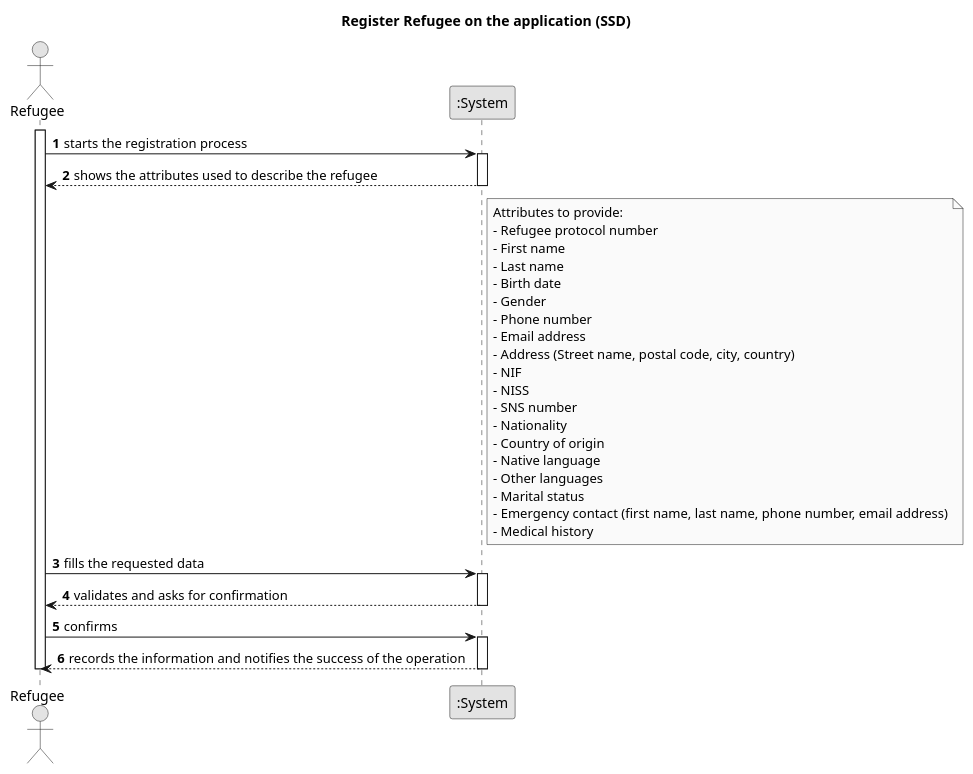
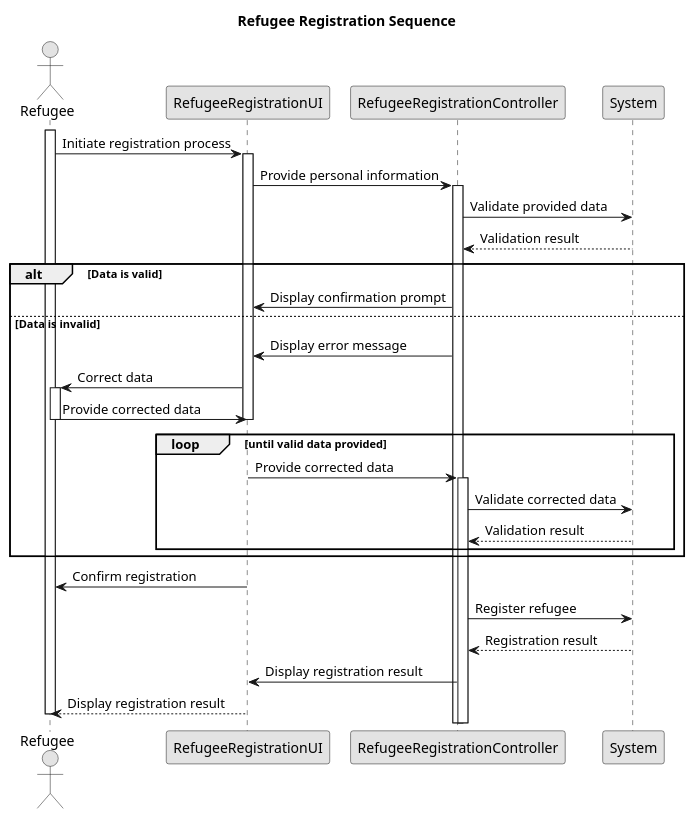
The diagram in javaSprint2GladlyGiven/Docs/UseCases/uc01/us01-SSD.puml (Chirano/GladlyGiven), drawn with PlantUML before and after one commit. The commit also changed 15 other files, not shown here.

```diff
--- a/javaSprint2GladlyGiven/Docs/UseCases/uc01/us01-SSD.puml
+++ b/javaSprint2GladlyGiven/Docs/UseCases/uc01/us01-SSD.puml
@@ -1,51 +1,42 @@
 @startuml
 skinparam monochrome true
-skinparam packageStyle rectangle
 skinparam shadowing false
 
-title Register Refugee on the application (SSD)
-
-autonumber
+title Refugee Registration Sequence
 
 actor Refugee
-participant ":System" as System
+participant "RefugeeRegistrationUI" as UI
+participant "RefugeeRegistrationController" as Controller
+participant "System" as System
 
 activate Refugee
-    Refugee -> System : starts the registration process
-    activate System
-        System --> Refugee : shows the attributes used to describe the refugee
-         note right of System
-                     Attributes to provide:
-                     - Refugee protocol number
-                     - First name
-                     - Last name
-                     - Birth date
-                     - Gender
-                     - Phone number
-                     - Email address
-                     - Address (Street name, postal code, city, country)
-                     - NIF
-                     - NISS
-                     - SNS number
-                     - Nationality
-                     - Country of origin
-                     - Native language
-                     - Other languages
-                     - Marital status
-                     - Emergency contact (first name, last name, phone number, email address)
-                     - Medical history
-         end note
-    deactivate System
-
-    Refugee -> System : fills the requested data
-    activate System
-        System --> Refugee : validates and asks for confirmation
-    deactivate System
-
-    Refugee -> System : confirms
-    activate System
-        System --> Refugee : records the information and notifies the success of the operation
-    deactivate System
+Refugee -> UI: Initiate registration process
+activate UI
+UI -> Controller: Provide personal information
+activate Controller
+Controller -> System: Validate provided data
+System --> Controller: Validation result
+alt Data is valid
+    Controller -> UI: Display confirmation prompt
+else Data is invalid
+    Controller -> UI: Display error message
+    UI -> Refugee: Correct data
+    activate Refugee
+    Refugee -> UI: Provide corrected data
+    deactivate Refugee
+    deactivate UI
+    loop until valid data provided
+        UI -> Controller: Provide corrected data
+        activate Controller
+        Controller -> System: Validate corrected data
+        System --> Controller: Validation result
+    end
+end
+UI -> Refugee: Confirm registration
+Controller -> System: Register refugee
+System --> Controller: Registration result
+Controller -> UI: Display registration result
+UI --> Refugee: Display registration result
+deactivate UI
 deactivate Refugee
-
 @enduml
```
